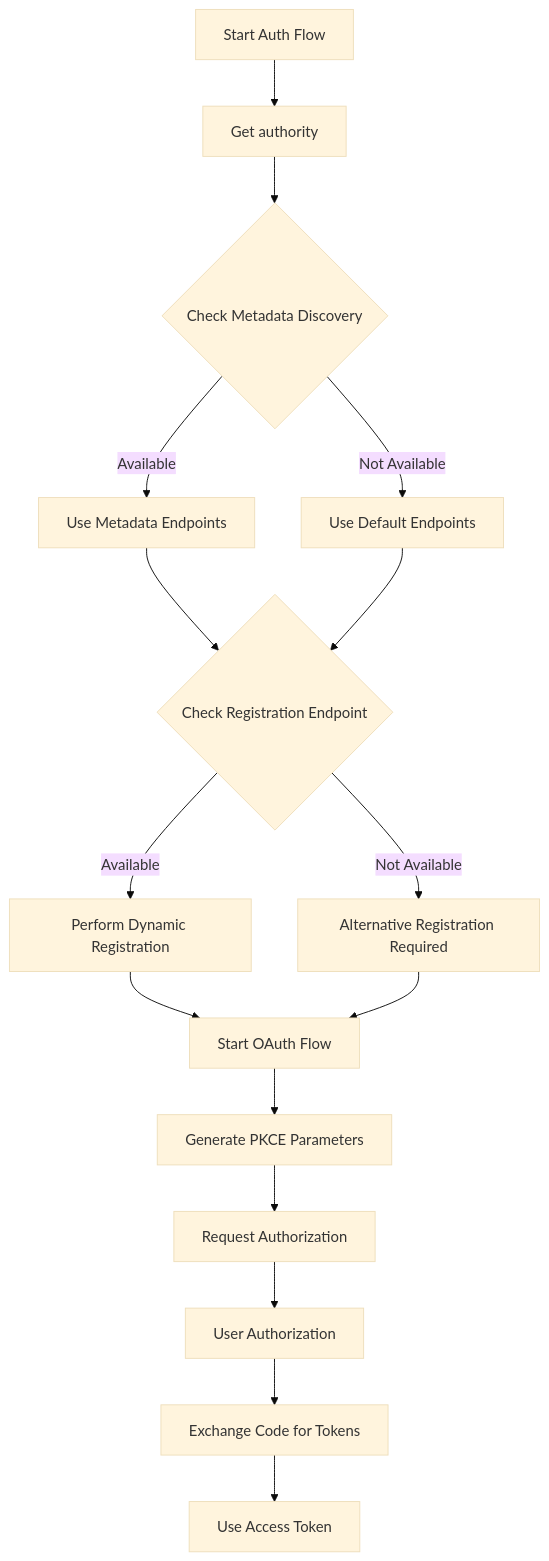
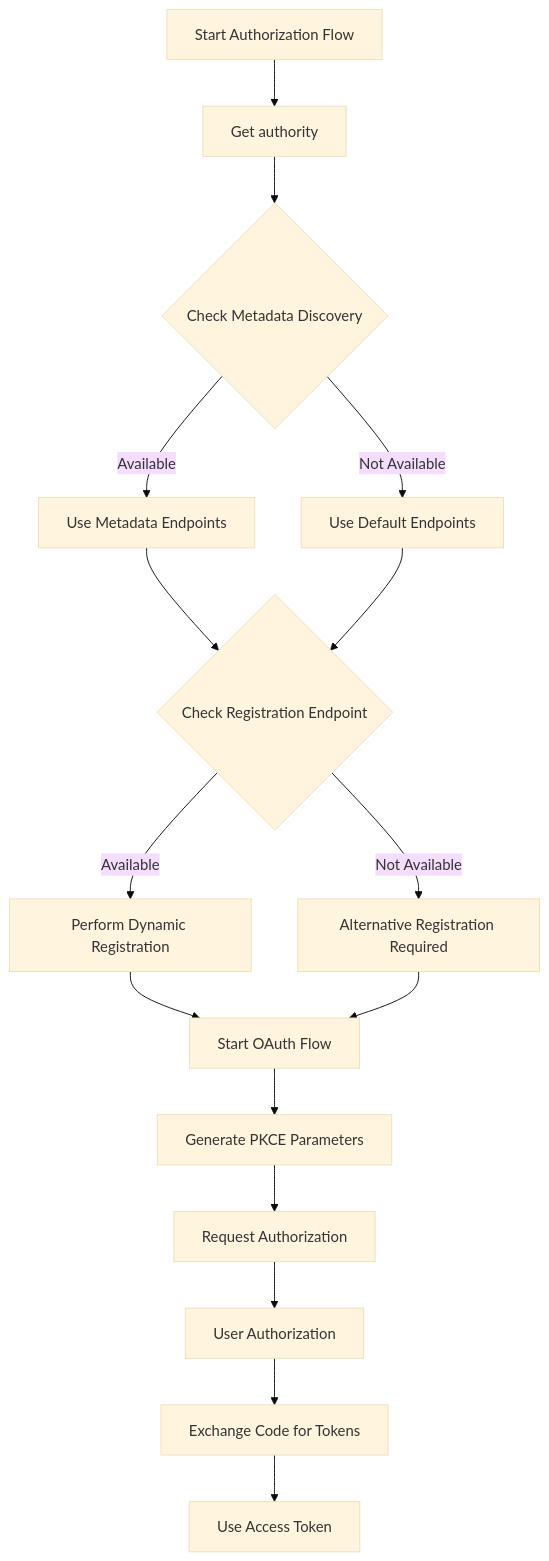
Before and after one commit to pcarleton/specification: the fifth of 5 diagrams in docs/specification/2025-03-26/basic/authorization.md, drawn with Mermaid (base theme).

````diff
--- a/docs/specification/2025-03-26/basic/authorization.md
+++ b/docs/specification/2025-03-26/basic/authorization.md
@@ -388,22 +388,22 @@
 ```mermaid
 flowchart TD
-    A[Start Auth Flow] --> AA[Get authority]
+    A[Start Authorization Flow] --> AA[Get authority]
     AA-->B{Check Metadata Discovery}
     B -->|Available| C[Use Metadata Endpoints]
     B -->|Not Available| D[Use Default Endpoints]
 
     C --> G{Check Registration Endpoint}
     D --> G
 
     G -->|Available| H[Perform Dynamic Registration]
     G -->|Not Available| I[Alternative Registration Required]
 
     H --> J[Start OAuth Flow]
     I --> J
 
     J --> K[Generate PKCE Parameters]
     K --> L[Request Authorization]
     L --> M[User Authorization]
     M --> N[Exchange Code for Tokens]
     N --> O[Use Access Token]
 ```
````
